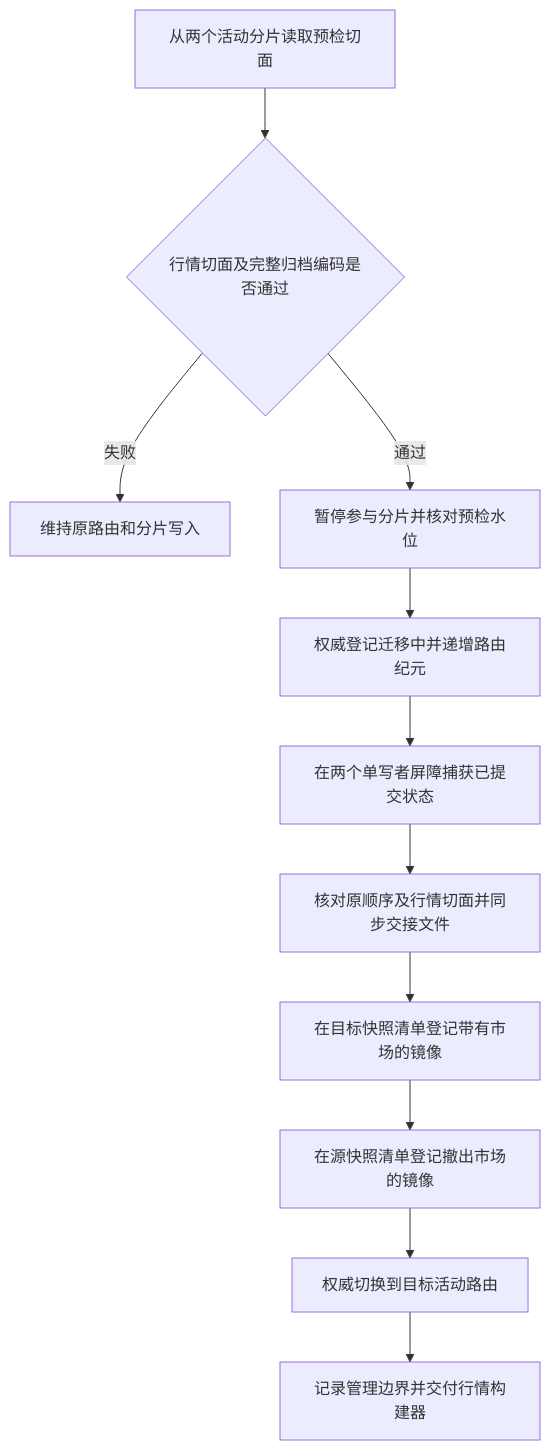
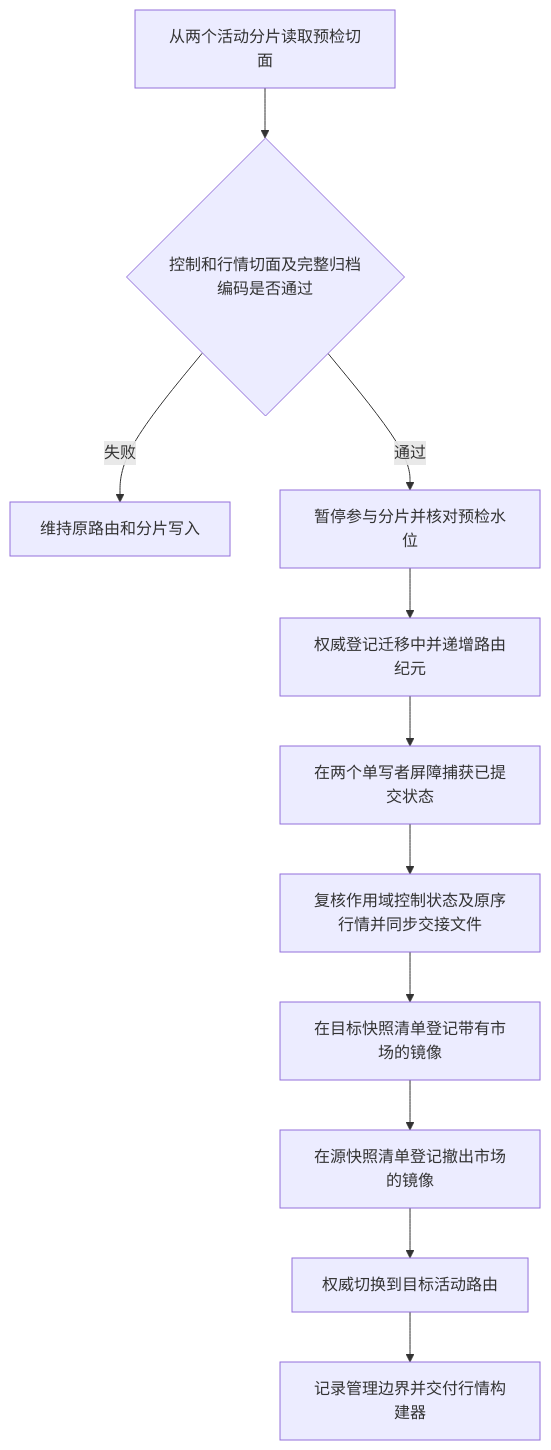
The diagram in docs/market_migration.md (YANSHAO0032/tide-matching-engine), drawn with Mermaid before and after one commit. The commit also changed other lines of this file and 65 other files, not shown here.

````diff
--- a/docs/market_migration.md
+++ b/docs/market_migration.md
@@ -5,13 +5,13 @@
 ```mermaid
 flowchart TD
-    A[从两个活动分片读取预检切面] --> V{行情切面及完整归档编码是否通过}
+    A[从两个活动分片读取预检切面] --> V{控制和行情切面及完整归档编码是否通过}
     V -->|失败| W[维持原路由和分片写入]
     V -->|通过| B[暂停参与分片并核对预检水位]
     B --> C[权威登记迁移中并递增路由纪元]
     C --> D[在两个单写者屏障捕获已提交状态]
-    D --> E[核对原顺序及行情切面并同步交接文件]
+    D --> E[复核作用域控制状态及原序行情并同步交接文件]
     E --> F[在目标快照清单登记带有市场的镜像]
     F --> G[在源快照清单登记撤出市场的镜像]
     G --> H[权威切换到目标活动路由]
     H --> I[记录管理边界并交付行情构建器]
 ```
````
